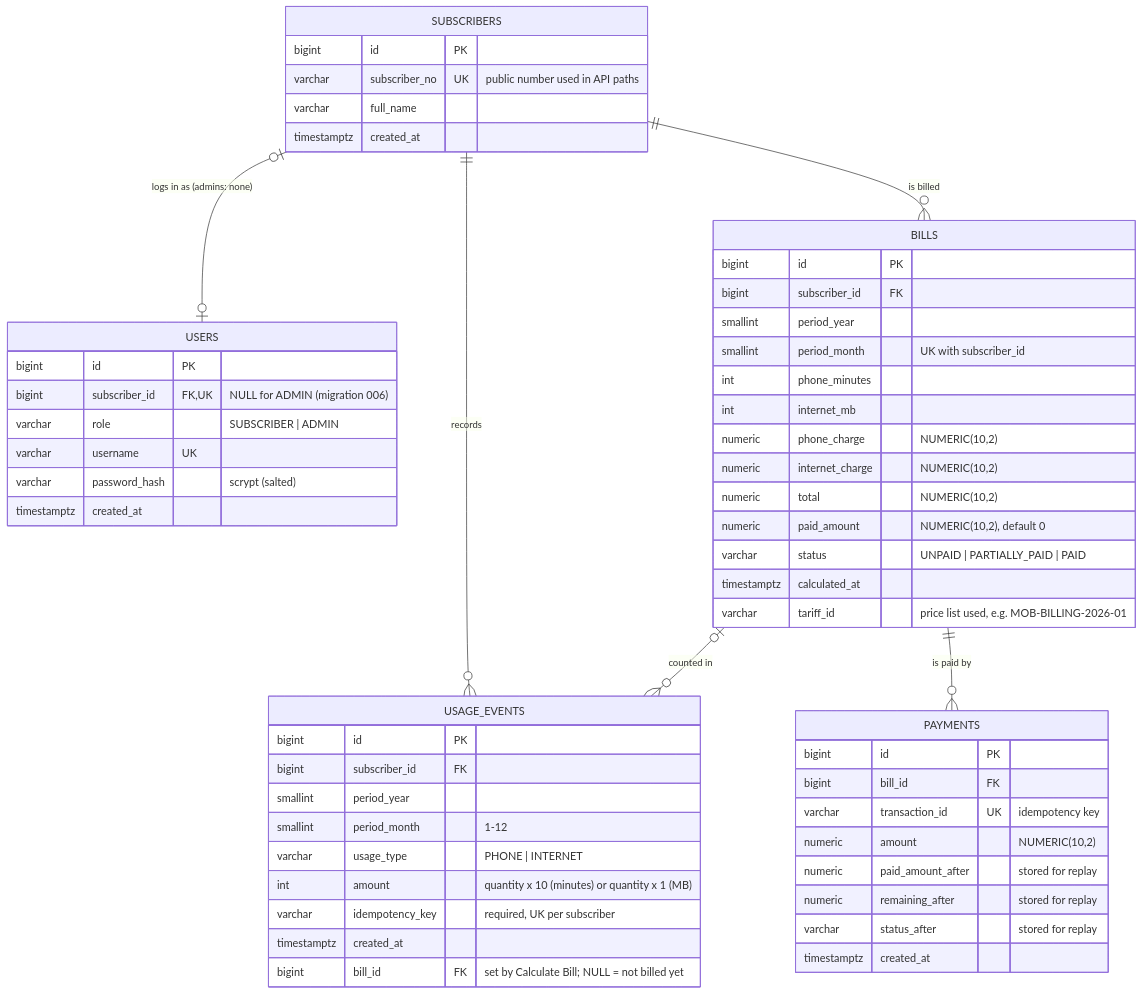
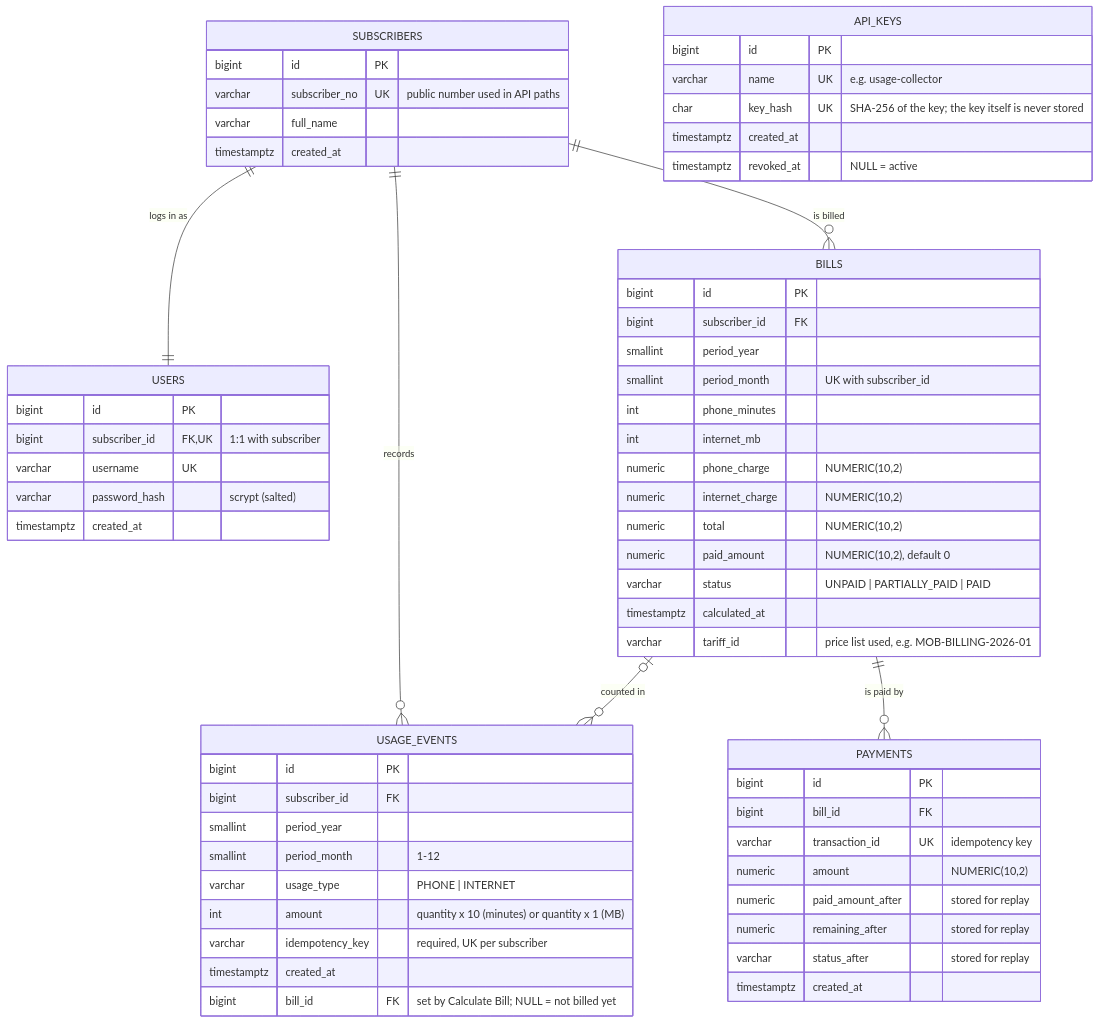
The diagram in docs/data-model.md (HawkOsm/se4458-midterm-billing-assistant), drawn with Mermaid before and after one commit. The commit also changed other lines of this file and 1 other file, not shown here.

Commit message:
Document provider API keys in the README and data model
- README: demo credentials (subscriber logins + the provider demo key), who
  can call what, the example flow with X-API-Key, design and assumptions
- data model: API_KEYS table in the ER diagram, users back to subscribers
  only, decision 7 and rule 3 updated

````diff
--- a/docs/data-model.md
+++ b/docs/data-model.md
@@ -15,59 +15,65 @@
 ```mermaid
 erDiagram
-    SUBSCRIBERS |o--o| USERS : "logs in as (admins: none)"
+    SUBSCRIBERS ||--|| USERS : "logs in as"
     SUBSCRIBERS ||--o{ USAGE_EVENTS : records
     SUBSCRIBERS ||--o{ BILLS : "is billed"
     BILLS ||--o{ PAYMENTS : "is paid by"
     BILLS |o--o{ USAGE_EVENTS : "counted in"
 
     SUBSCRIBERS {
         bigint id PK
         varchar subscriber_no UK "public number used in API paths"
         varchar full_name
         timestamptz created_at
     }
     USERS {
         bigint id PK
-        bigint subscriber_id FK,UK "NULL for ADMIN (migration 006)"
-        varchar role "SUBSCRIBER | ADMIN"
+        bigint subscriber_id FK,UK "1:1 with subscriber"
         varchar username UK
         varchar password_hash "scrypt (salted)"
         timestamptz created_at
     }
     USAGE_EVENTS {
         bigint id PK
         bigint subscriber_id FK
         smallint period_year
         smallint period_month "1-12"
         varchar usage_type "PHONE | INTERNET"
         int amount "quantity x 10 (minutes) or quantity x 1 (MB)"
         varchar idempotency_key "required, UK per subscriber"
         timestamptz created_at
         bigint bill_id FK "set by Calculate Bill; NULL = not billed yet"
     }
     BILLS {
         bigint id PK
         bigint subscriber_id FK
         smallint period_year
         smallint period_month "UK with subscriber_id"
         int phone_minutes
         int internet_mb
         numeric phone_charge "NUMERIC(10,2)"
         numeric internet_charge "NUMERIC(10,2)"
         numeric total "NUMERIC(10,2)"
         numeric paid_amount "NUMERIC(10,2), default 0"
         varchar status "UNPAID | PARTIALLY_PAID | PAID"
         timestamptz calculated_at
         varchar tariff_id "price list used, e.g. MOB-BILLING-2026-01"
     }
+    API_KEYS {
+        bigint id PK
+        varchar name UK "e.g. usage-collector"
+        char key_hash UK "SHA-256 of the key; the key itself is never stored"
+        timestamptz created_at
+        timestamptz revoked_at "NULL = active"
+    }
     PAYMENTS {
         bigint id PK
         bigint bill_id FK
         varchar transaction_id UK "idempotency key"
         numeric amount "NUMERIC(10,2)"
         numeric paid_amount_after "stored for replay"
         numeric remaining_after "stored for replay"
         varchar status_after "stored for replay"
         timestamptz created_at
     }
 ```
````
